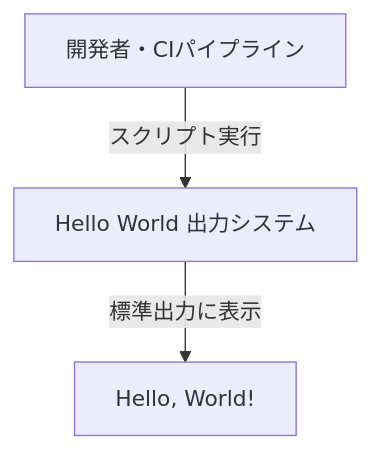
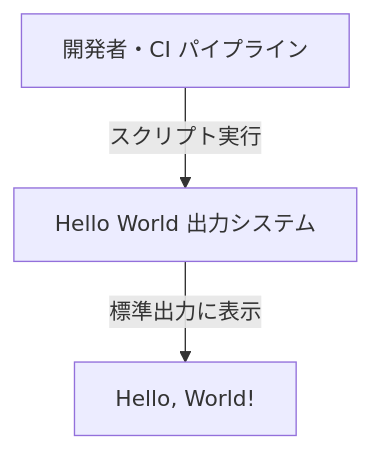
Before and after one commit to notfolder/isdd: the first of 2 diagrams in evals/isdd-post-implementation-review/fixtures/case3-change-req/docs/requirements.md, drawn with Mermaid. The commit also changed other lines of this file and 127 other files, not shown here.

````diff
--- a/evals/isdd-post-implementation-review/fixtures/case3-change-req/docs/requirements.md
+++ b/evals/isdd-post-implementation-review/fixtures/case3-change-req/docs/requirements.md
@@ -43,5 +35,5 @@
 ```mermaid
 flowchart TD
-    A[開発者・CIパイプライン] -->|スクリプト実行| B[Hello World 出力システム]
-    B -->|標準出力に表示| C["Hello, World!"]
+    A[開発者・CI パイプライン] -->|スクリプト実行| B[Hello World 出力システム]
+    B -->|標準出力に表示| C[Hello, World!]
 ```
````
